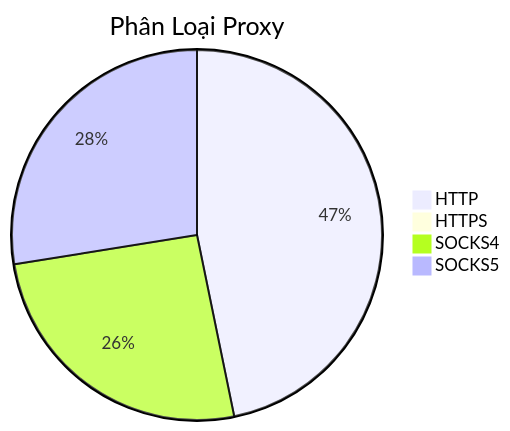
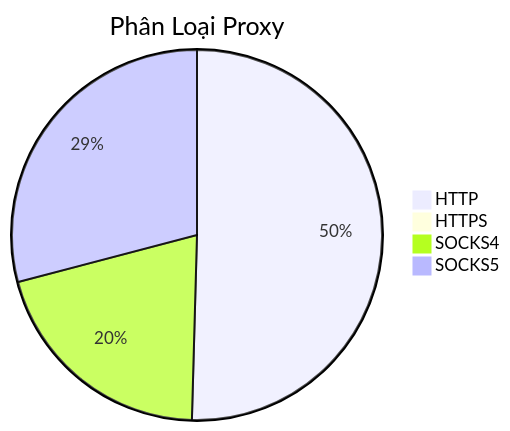
The diagram in README.md (Ciara-12/PROXY-free), drawn with Mermaid before and after one commit. The commit also changed other lines of this file and 3 other files, not shown here.

````diff
--- a/README.md
+++ b/README.md
@@ -26,7 +26,7 @@
 ```mermaid
 pie title Phân Loại Proxy
-    "HTTP" : 537
+    "HTTP" : 690
     "HTTPS" : 0
-    "SOCKS4" : 295
-    "SOCKS5" : 316
+    "SOCKS4" : 280
+    "SOCKS5" : 398
 ```
````
